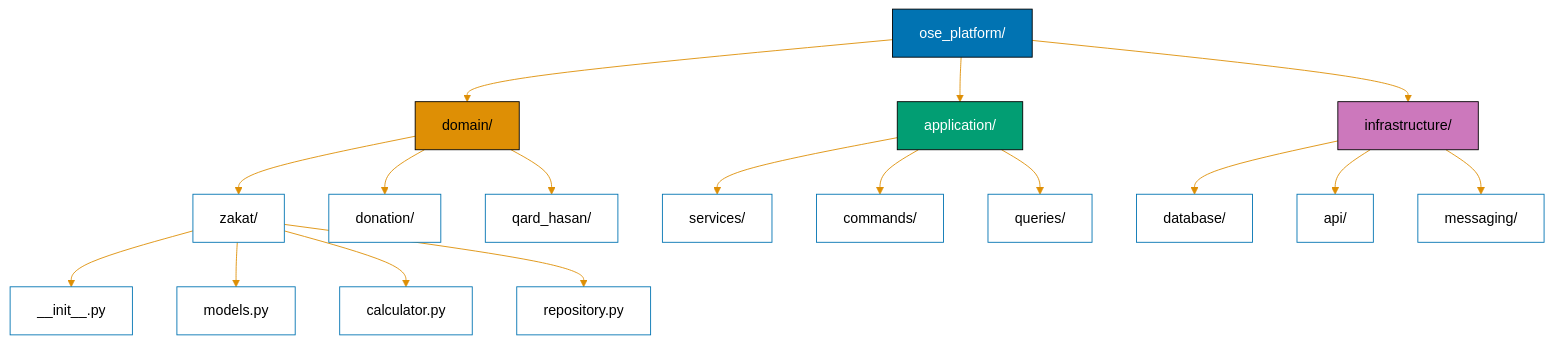
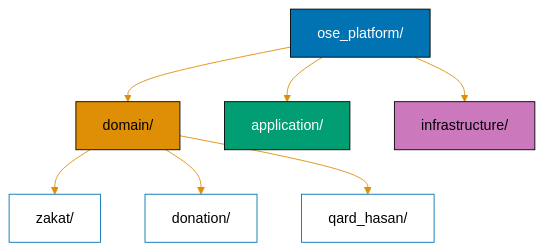
The first of 5 diagrams in docs/explanation/software-engineering/programming-languages/python/best-practices.md (wahidyankf/ose-primer), drawn with Mermaid before and after one commit. The commit also changed other lines of this file and 12 other files, not shown here.

Commit message:
fix(docs): fix mermaid violations in python/ docs (batch 2/10)

````diff
--- a/docs/explanation/software-engineering/programming-languages/python/best-practices.md
+++ b/docs/explanation/software-engineering/programming-languages/python/best-practices.md
@@ -1039,29 +1039,16 @@
 ```mermaid
 %%{init: {'theme': 'base', 'themeVariables': { 'primaryColor': '#0173B2', 'primaryTextColor': '#000', 'primaryBorderColor': '#0173B2', 'lineColor': '#DE8F05', 'secondaryColor': '#029E73', 'tertiaryColor': '#CC78BC', 'background': '#fff', 'mainBkg': '#fff'}}}%%
 graph TD
     A[ose_platform/] --> B[domain/]
     A --> C[application/]
     A --> D[infrastructure/]
 
     B --> B1[zakat/]
     B --> B2[donation/]
     B --> B3[qard_hasan/]
 
-    B1 --> B1A[__init__.py]
-    B1 --> B1B[models.py]
-    B1 --> B1C[calculator.py]
-    B1 --> B1D[repository.py]
-
-    C --> C1[services/]
-    C --> C2[commands/]
-    C --> C3[queries/]
-
-    D --> D1[database/]
-    D --> D2[api/]
-    D --> D3[messaging/]
-
     style A fill:#0173B2,stroke:#000,color:#fff
     style B fill:#DE8F05,stroke:#000,color:#000
     style C fill:#029E73,stroke:#000,color:#fff
     style D fill:#CC78BC,stroke:#000,color:#000
 ```
````
